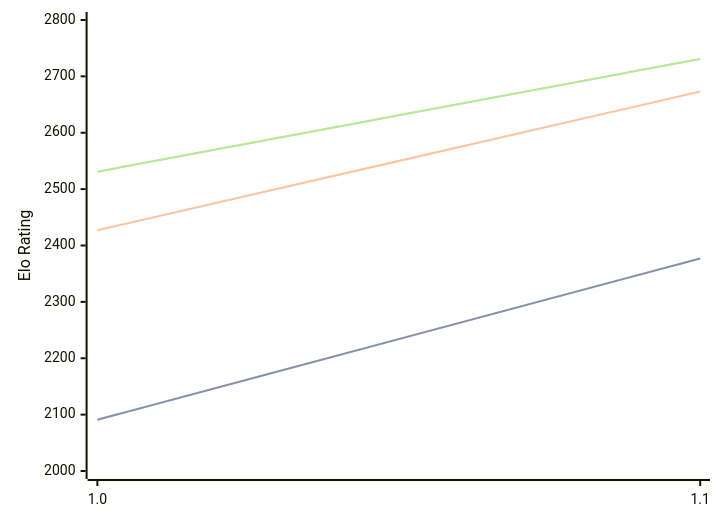
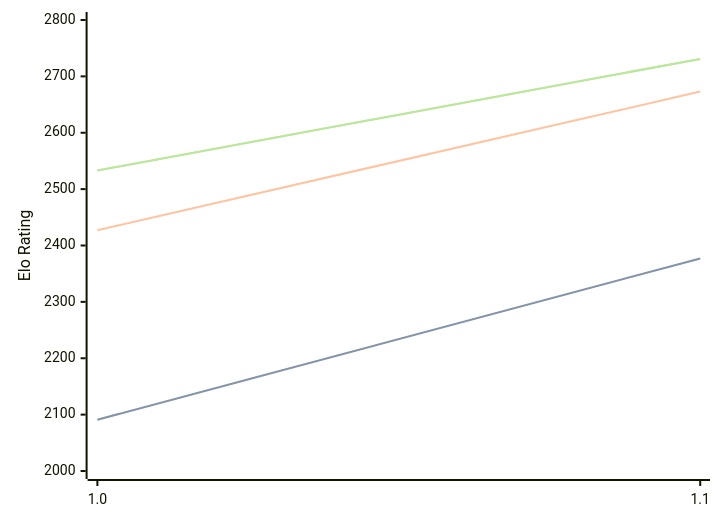
The diagram in engines/Erinn.md (computer-chess-index/cci), drawn with Mermaid before and after one commit. The commit also changed other lines of this file, not shown here.

Commit message:
Update CCI Ratings (ELO VLTC) - 2026-09-05

````diff
--- a/engines/Erinn.md
+++ b/engines/Erinn.md
@@ -32,11 +32,11 @@
 ```mermaid
 %%{init: {"theme":"base","themeVariables":{"seriesColors:['#a3a3a3','#222221','#faa371']}}}%%
 xychart-beta
   x-axis ["1.0", "1.1"]
   y-axis "Elo Rating" 2000 --> 2800
   line "" [2091, 2377]
   line "STC (8.0+0.08s)" [2091, 2377]
   line "LTC (60.0+0.60s)" [2427, 2673]
-  line "" [2531, 2731]
-  line "VLTC (2m24s+1.12s)" [2531, 2731]
+  line "" [2533, 2731]
+  line "VLTC (2m24s+1.12s)" [2533, 2731]
 ```
````
